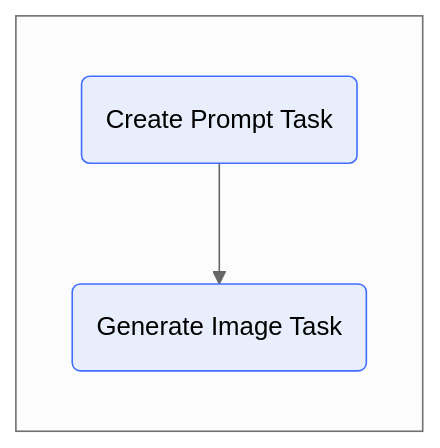
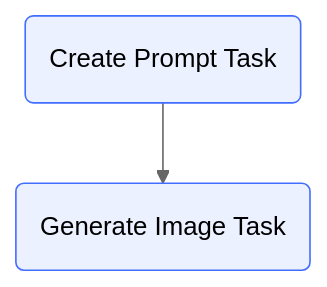
Before and after one commit to griptape-ai/griptape-trade-school: the third of 4 diagrams in docs/courses/create-image-pipeline/03_first_pipeline.md, drawn with Mermaid (neutral theme). The commit also changed other lines of this file and 3 other files, not shown here.

````diff
--- a/docs/courses/create-image-pipeline/03_first_pipeline.md
+++ b/docs/courses/create-image-pipeline/03_first_pipeline.md
@@ -313,11 +309,9 @@
 ``` mermaid
 graph TB 
-    subgraph " "
-        direction TB
-        B(Create Prompt Task):::main
-        C(Generate Image Task):::main
-        B --> C
-    end
+    direction TB
+    B(Create Prompt Task):::main
+    C(Generate Image Task):::main
+    B --> C
     
     classDef main fill:#4274ff1a, stroke:#426eff
 ```
````
